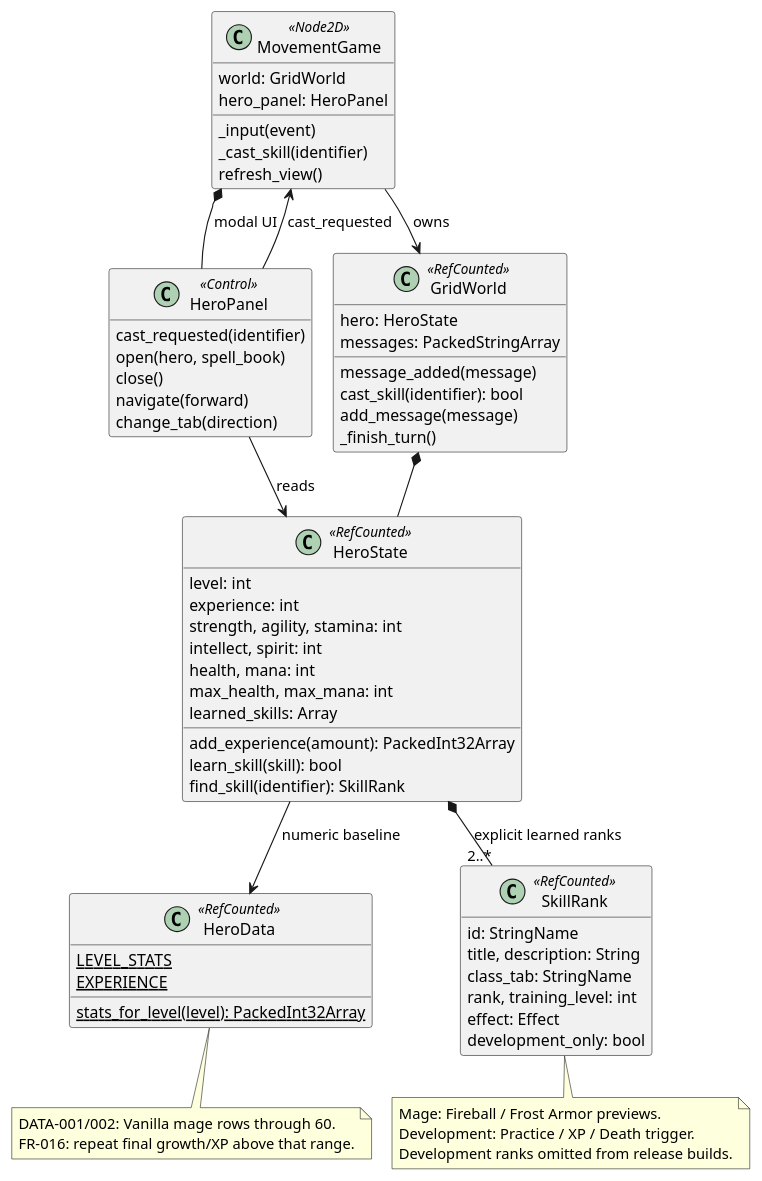
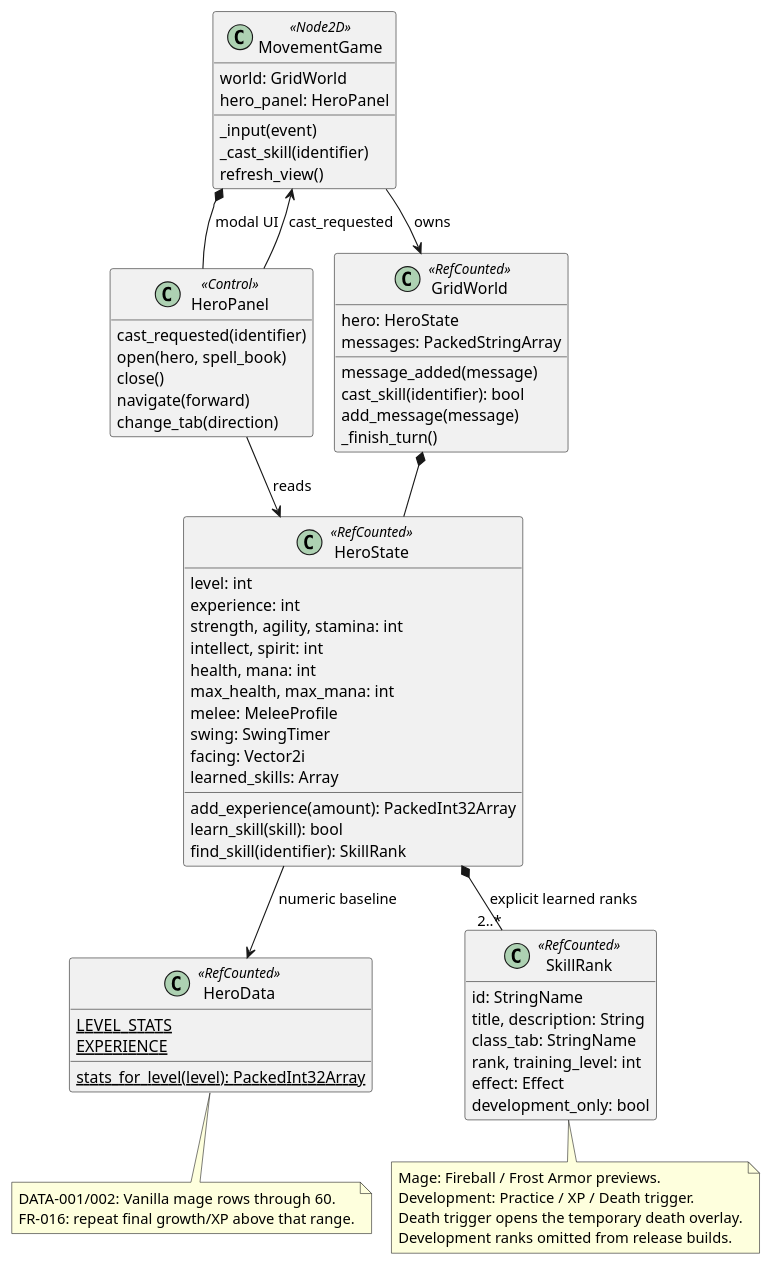
The diagram in docs/architecture/classes/hero.puml (VHonzik/Ostinato), drawn with PlantUML before and after one commit. The commit also changed 34 other files, not shown here.

```diff
--- a/docs/architecture/classes/hero.puml
+++ b/docs/architecture/classes/hero.puml
@@ -1,71 +1,75 @@
 @startuml
 !pragma layout smetana
 skinparam shadowing false
 skinparam classAttributeIconSize 0
 hide empty members
 
 class MovementGame <<Node2D>> {
   world: GridWorld
   hero_panel: HeroPanel
   _input(event)
   _cast_skill(identifier)
   refresh_view()
 }
 class HeroPanel <<Control>> {
   cast_requested(identifier)
   open(hero, spell_book)
   close()
   navigate(forward)
   change_tab(direction)
 }
 class GridWorld <<RefCounted>> {
   hero: HeroState
   messages: PackedStringArray
   message_added(message)
   cast_skill(identifier): bool
   add_message(message)
   _finish_turn()
 }
 class HeroState <<RefCounted>> {
   level: int
   experience: int
   strength, agility, stamina: int
   intellect, spirit: int
   health, mana: int
   max_health, max_mana: int
+  melee: MeleeProfile
+  swing: SwingTimer
+  facing: Vector2i
   learned_skills: Array
   add_experience(amount): PackedInt32Array
   learn_skill(skill): bool
   find_skill(identifier): SkillRank
 }
 class HeroData <<RefCounted>> {
   {static} LEVEL_STATS
   {static} EXPERIENCE
   {static} stats_for_level(level): PackedInt32Array
 }
 class SkillRank <<RefCounted>> {
   id: StringName
   title, description: String
   class_tab: StringName
   rank, training_level: int
   effect: Effect
   development_only: bool
 }
 MovementGame --> GridWorld : owns
 MovementGame *-- HeroPanel : modal UI
 HeroPanel --> HeroState : reads
 HeroPanel --> MovementGame : cast_requested
 GridWorld *-- HeroState
 HeroState --> HeroData : numeric baseline
 HeroState *-- "2..*" SkillRank : explicit learned ranks
 
 note bottom of HeroData
 DATA-001/002: Vanilla mage rows through 60.
 FR-016: repeat final growth/XP above that range.
 end note
 note bottom of SkillRank
 Mage: Fireball / Frost Armor previews.
 Development: Practice / XP / Death trigger.
+Death trigger opens the temporary death overlay.
 Development ranks omitted from release builds.
 end note
 @enduml
```
